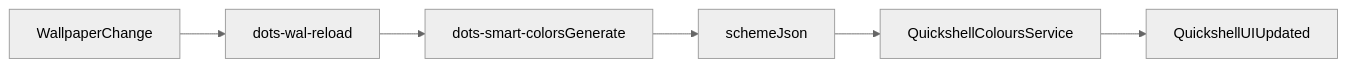
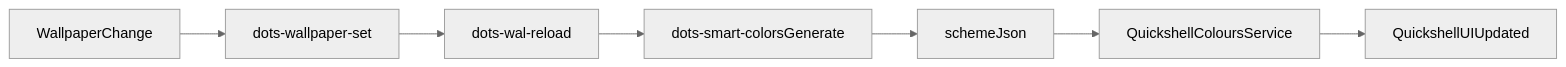
Before and after one commit to ulises-jeremias/dotfiles: the diagram in docs/wiki/Smart-Colors-System.md, drawn with Mermaid (neutral theme). The commit also changed other lines of this file and 15 other files, not shown here.

````diff
--- a/docs/wiki/Smart-Colors-System.md
+++ b/docs/wiki/Smart-Colors-System.md
@@ -37,8 +57,9 @@
 ```mermaid
 flowchart LR
-  wallpaper[WallpaperChange] --> wal[dots-wal-reload]
+  wallpaper[WallpaperChange] --> set[dots-wallpaper-set]
+  set --> wal[dots-wal-reload]
   wal --> smart[dots-smart-colorsGenerate]
   smart --> scheme[schemeJson]
   scheme --> colours[QuickshellColoursService]
   colours --> ui[QuickshellUIUpdated]
 ```
````
